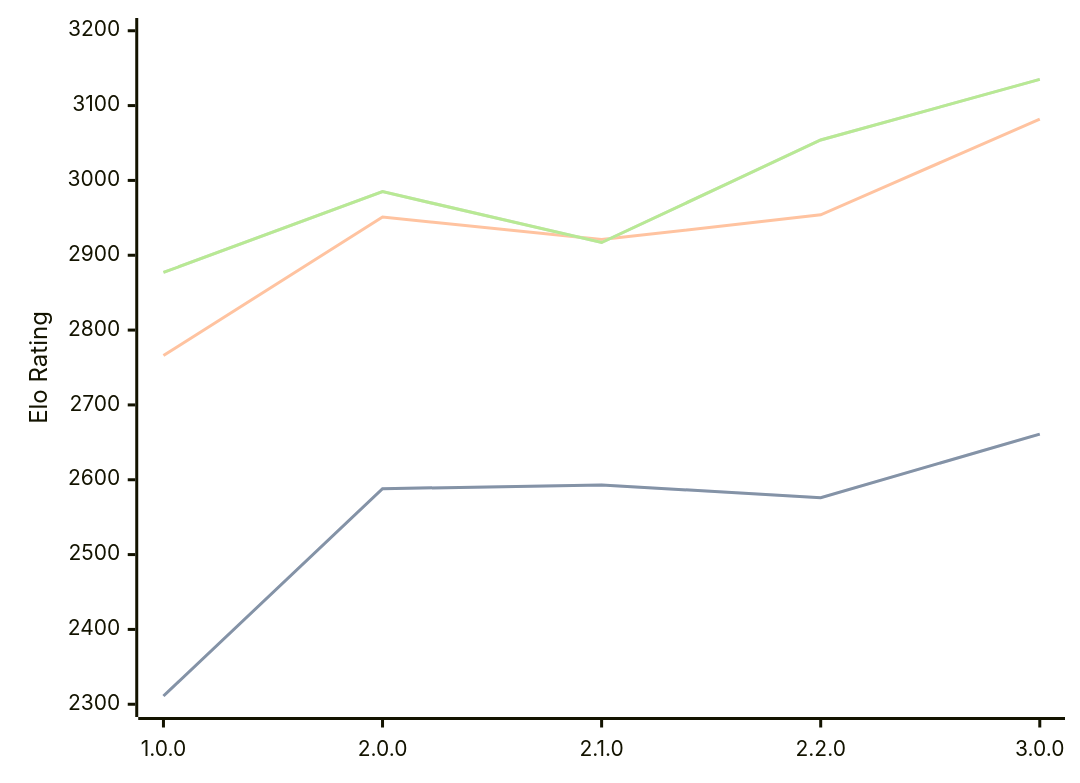
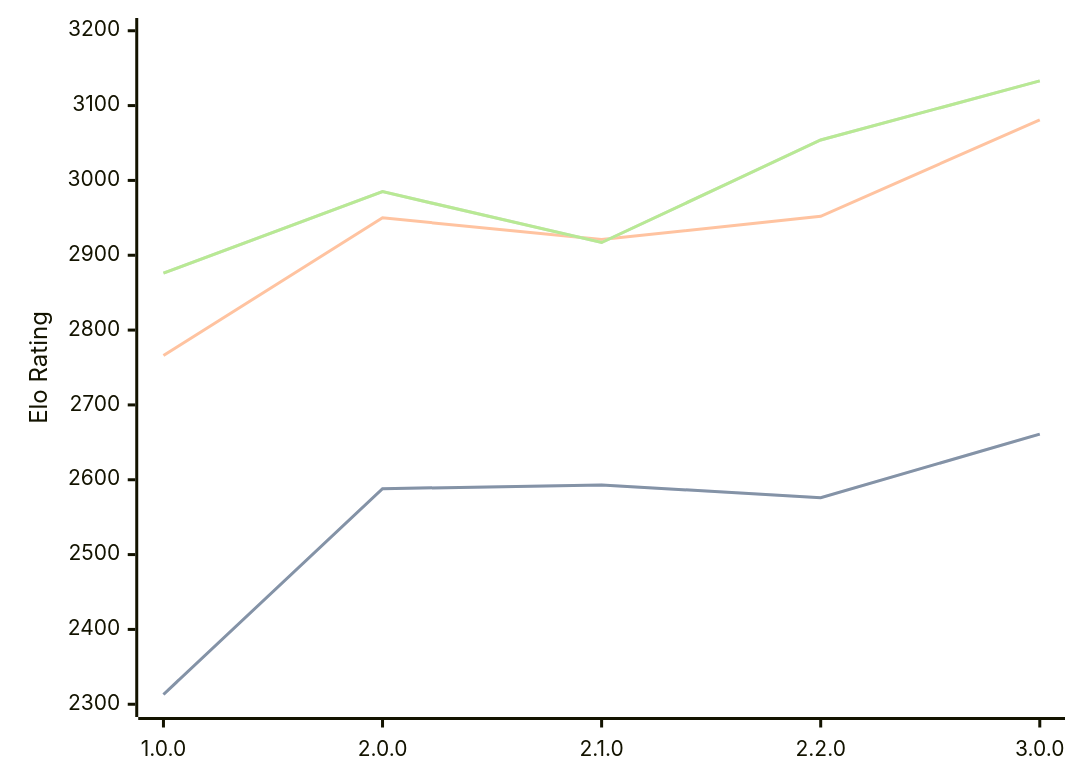
Before and after one commit to computer-chess-index/cci: the diagram in engines/Catalyst.md, drawn with Mermaid. The commit also changed other lines of this file, not shown here.

Commit message:
Update CCI Ratings (ELO VLTC) - 2026-09-01

````diff
--- a/engines/Catalyst.md
+++ b/engines/Catalyst.md
@@ -36,11 +36,11 @@
 ```mermaid
 %%{init: {"theme":"base","themeVariables":{"seriesColors:['#a3a3a3','#222221','#faa371']}}}%%
 xychart-beta
   x-axis ["1.0.0", "2.0.0", "2.1.0", "2.2.0", "3.0.0"]
   y-axis "Elo Rating" 2300 --> 3200
-  line "" [2311, 2588, 2593, 2576, 2661]
-  line "STC (8.0+0.08s)" [2311, 2588, 2593, 2576, 2661]
-  line "LTC (60.0+0.60s)" [2766, 2951, 2921, 2954, 3082]
-  line "" [2877, 2985, 2917, 3054, 3135]
-  line "VLTC (2m24s+1.12s)" [2877, 2985, 2917, 3054, 3135]
+  line "" [2313, 2588, 2593, 2576, 2661]
+  line "STC (8.0+0.08s)" [2313, 2588, 2593, 2576, 2661]
+  line "LTC (60.0+0.60s)" [2766, 2950, 2921, 2952, 3081]
+  line "" [2876, 2985, 2917, 3054, 3133]
+  line "VLTC (2m24s+1.12s)" [2876, 2985, 2917, 3054, 3133]
 ```
````
